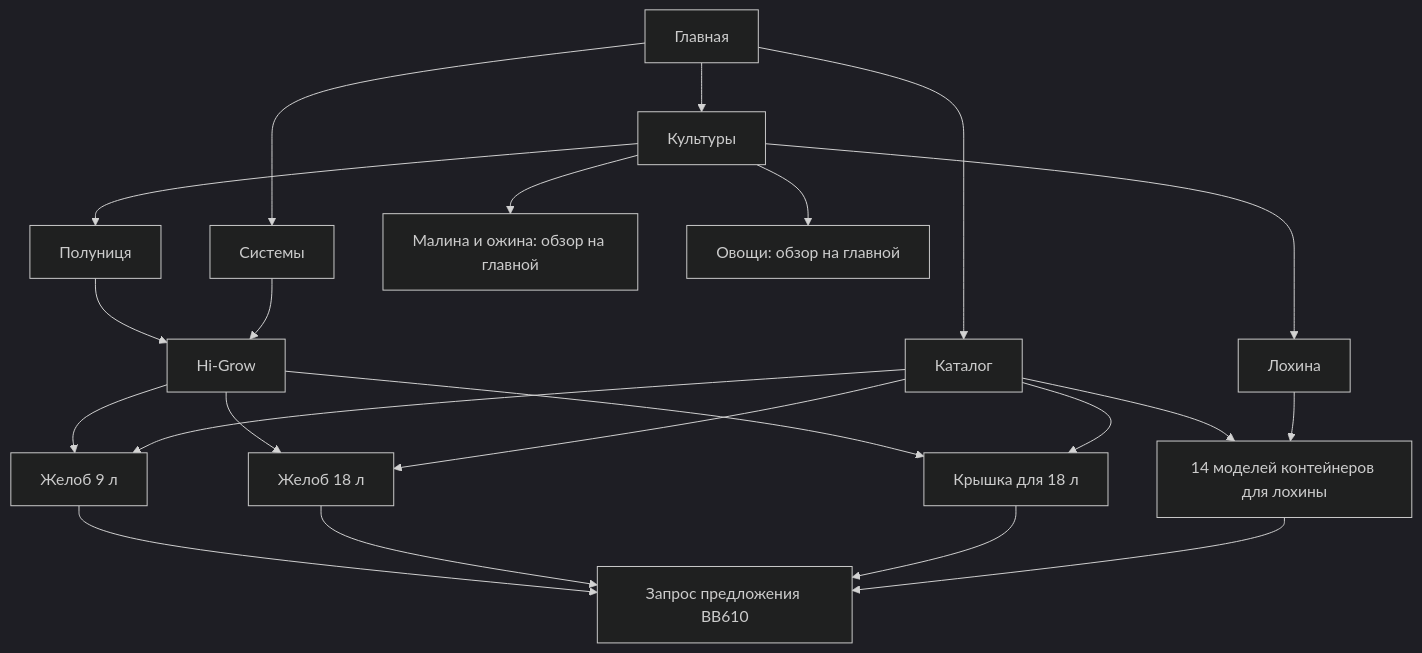
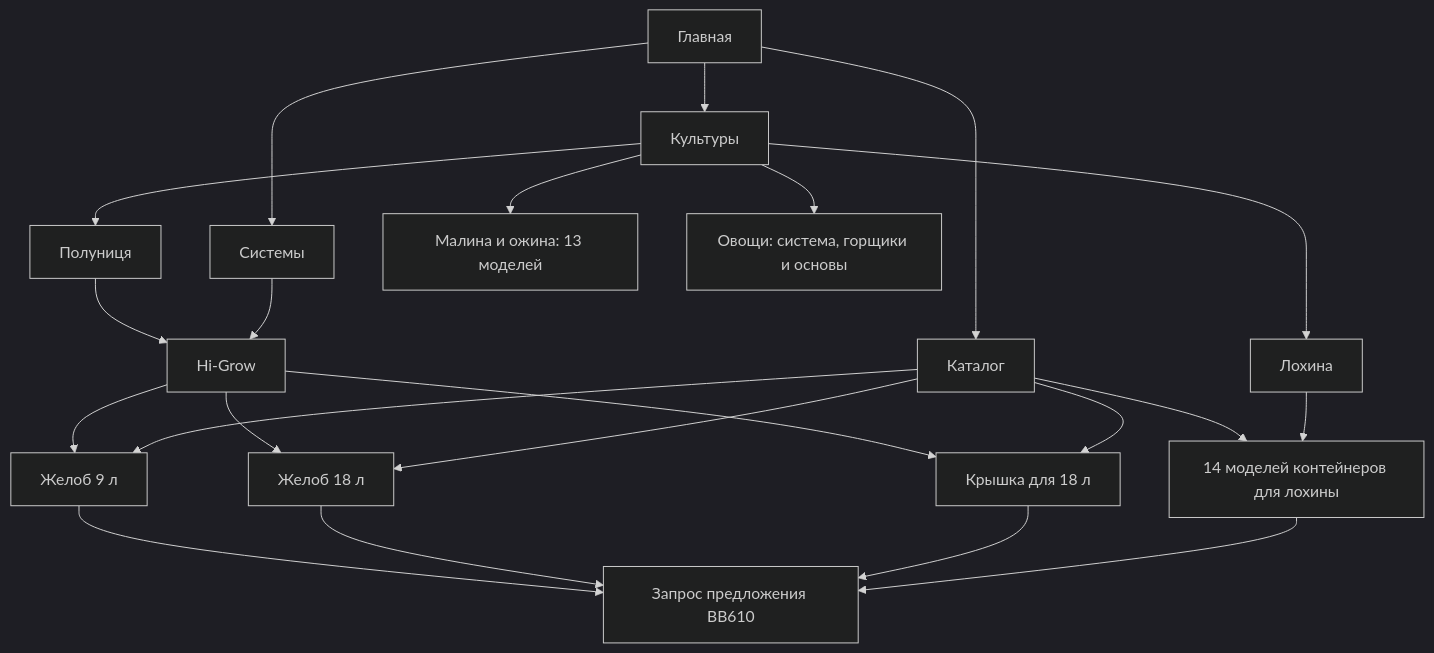
The diagram in ARCHITECTURE.md (ladima75-source/ladima75-source-bb610-garden), drawn with Mermaid (dark theme) before and after one commit. The commit also changed other lines of this file and 236 other files, not shown here.

````diff
--- a/ARCHITECTURE.md
+++ b/ARCHITECTURE.md
@@ -19,24 +22,24 @@
 ```mermaid
 flowchart TD
   Home[Главная] --> Crops[Культуры]
   Home --> Systems[Системы]
   Home --> Catalog[Каталог]
   Crops --> Blueberry[Лохина]
   Crops --> Strawberry[Полуниця]
-  Crops --> Rubus[Малина и ожина: обзор на главной]
-  Crops --> Vegetables[Овощи: обзор на главной]
+  Crops --> Rubus[Малина и ожина: 13 моделей]
+  Crops --> Vegetables[Овощи: система, горщики и основы]
   Strawberry --> HiGrow[Hi-Grow]
   Systems --> HiGrow
   HiGrow --> Nine[Желоб 9 л]
   HiGrow --> Eighteen[Желоб 18 л]
   HiGrow --> Cover[Крышка для 18 л]
   Catalog --> Nine
   Catalog --> Eighteen
   Catalog --> Cover
   Catalog --> Pots[14 моделей контейнеров для лохины]
   Blueberry --> Pots
   Nine --> Quote[Запрос предложения BB610]
   Eighteen --> Quote
   Cover --> Quote
   Pots --> Quote
 ```
````
